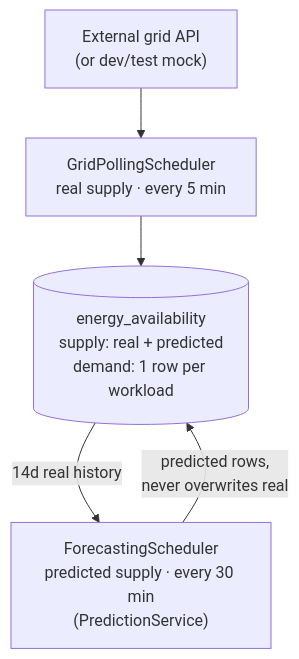
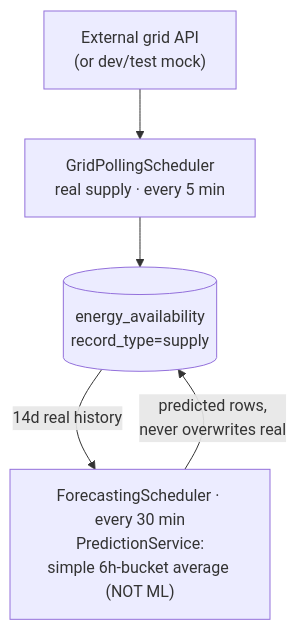
Before and after one commit to HIRO-MicroDataCenters-BV/energy-aware-orchestrator: the second of 5 diagrams in README.md, drawn with Mermaid. The commit also changed other lines of this file and 5 other files, not shown here.

````diff
--- a/README.md
+++ b/README.md
@@ -57,7 +66,7 @@
 ```mermaid
 flowchart TD
     Grid["External grid API<br/>(or dev/test mock)"] --> GridSched["GridPollingScheduler<br/>real supply · every 5 min"]
-    GridSched --> EA[("energy_availability<br/>supply: real + predicted<br/>demand: 1 row per workload")]
-    EA -->|14d real history| ForecastSched["ForecastingScheduler<br/>predicted supply · every 30 min<br/>(PredictionService)"]
+    GridSched --> EA[("energy_availability<br/>record_type=supply")]
+    EA -->|14d real history| ForecastSched["ForecastingScheduler · every 30 min<br/>PredictionService:<br/>simple 6h-bucket average (NOT ML)"]
     ForecastSched -->|predicted rows,<br/>never overwrites real| EA
 ```
````
